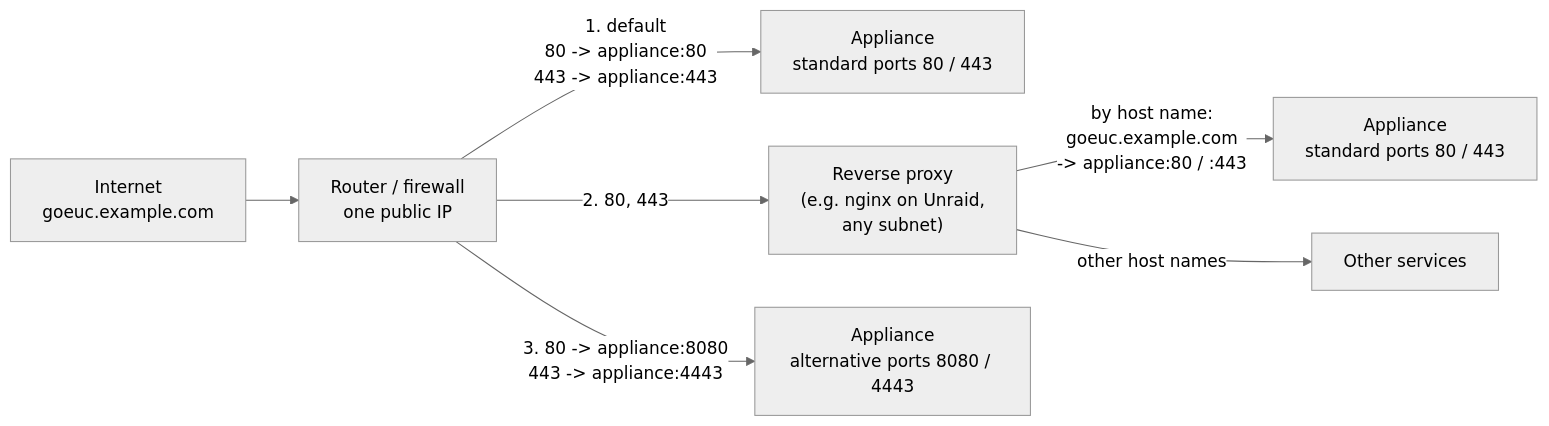
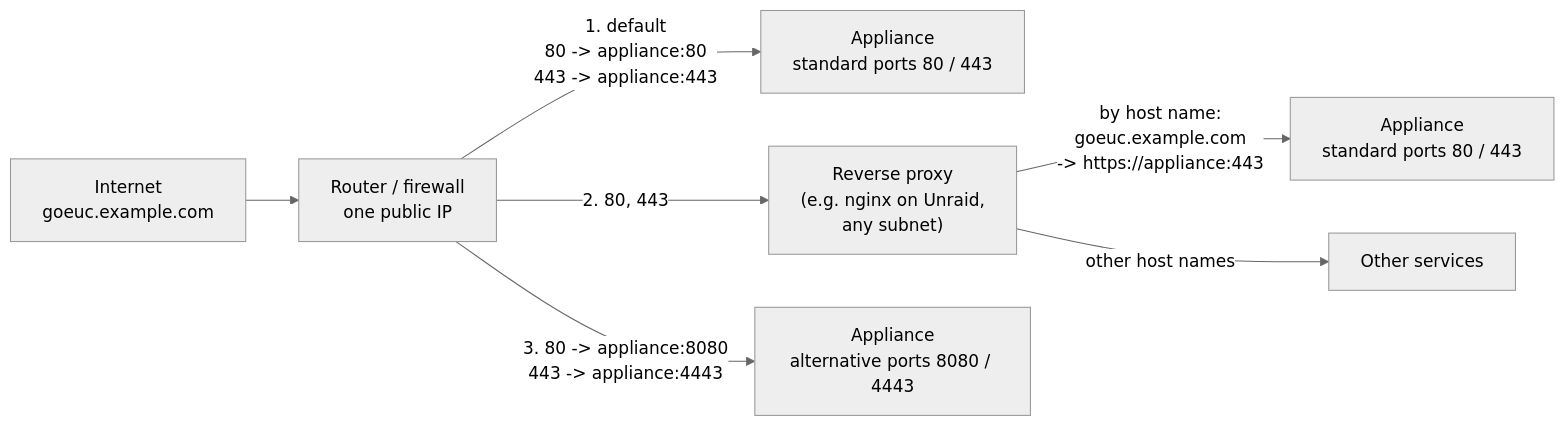
The fourth of 4 diagrams in docs/architecture.md (GO-EUC/Influx_grafana_deploy), drawn with Mermaid (neutral theme) before and after one commit. The commit also changed other lines of this file and 6 other files, not shown here.

````diff
--- a/docs/architecture.md
+++ b/docs/architecture.md
@@ -142,12 +142,12 @@
 ```mermaid
 flowchart LR
     internet["Internet<br/>goeuc.example.com"] --> router["Router / firewall<br/>one public IP"]
 
     router -- "1. default<br/>80 -> appliance:80<br/>443 -> appliance:443" --> a1["Appliance<br/>standard ports 80 / 443"]
 
     router -- "2. 80, 443" --> proxy["Reverse proxy<br/>(e.g. nginx on Unraid,<br/>any subnet)"]
-    proxy -- "by host name:<br/>goeuc.example.com<br/>-> appliance:80 / :443" --> a2["Appliance<br/>standard ports 80 / 443"]
+    proxy -- "by host name:<br/>goeuc.example.com<br/>-> https://appliance:443" --> a2["Appliance<br/>standard ports 80 / 443"]
     proxy -- "other host names" --> other["Other services"]
 
     router -- "3. 80 -> appliance:8080<br/>443 -> appliance:4443" --> a3["Appliance<br/>alternative ports 8080 / 4443"]
 ```
````
